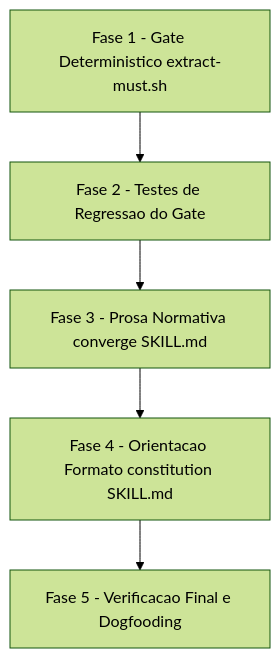
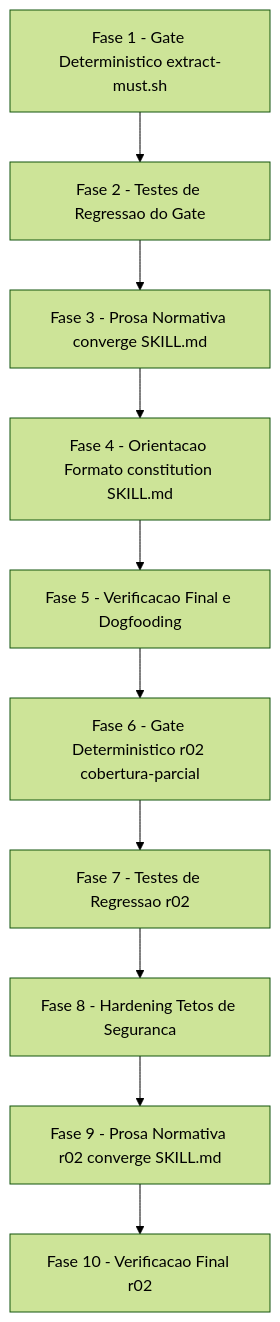
One commit to JotJunior/cstk changed the diagram in docs/specs/converge-must-coverage-fail-closed/tasks.md. Above: the diagram before and after it, drawn with Mermaid (forest theme). The commit also changed other lines of this file, not shown here.

First line of the commit message:
docs(tasks): create-tasks converge-must-coverage-fail-closed

````diff
--- a/docs/specs/converge-must-coverage-fail-closed/tasks.md
+++ b/docs/specs/converge-must-coverage-fail-closed/tasks.md
@@ -229,13 +439,23 @@
 ```mermaid
 flowchart TD
     F1[Fase 1 - Gate Deterministico extract-must.sh]
     F2[Fase 2 - Testes de Regressao do Gate]
     F3[Fase 3 - Prosa Normativa converge SKILL.md]
     F4[Fase 4 - Orientacao Formato constitution SKILL.md]
     F5[Fase 5 - Verificacao Final e Dogfooding]
+    F6[Fase 6 - Gate Deterministico r02 cobertura-parcial]
+    F7[Fase 7 - Testes de Regressao r02]
+    F8[Fase 8 - Hardening Tetos de Seguranca]
+    F9[Fase 9 - Prosa Normativa r02 converge SKILL.md]
+    F10[Fase 10 - Verificacao Final r02]
 
     F1 --> F2
     F2 --> F3
     F3 --> F4
     F4 --> F5
+    F5 --> F6
+    F6 --> F7
+    F7 --> F8
+    F8 --> F9
+    F9 --> F10
 ```
````
